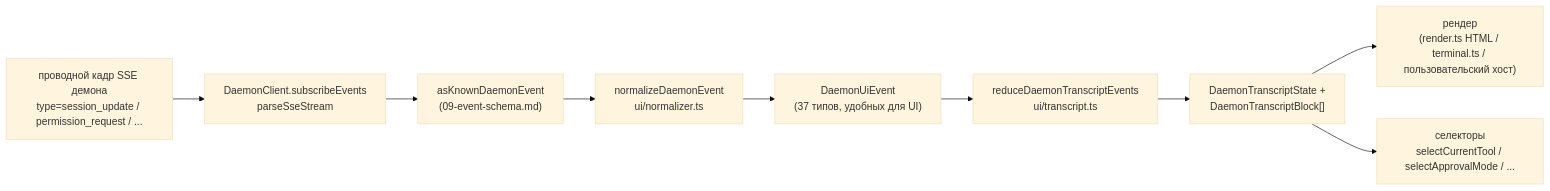
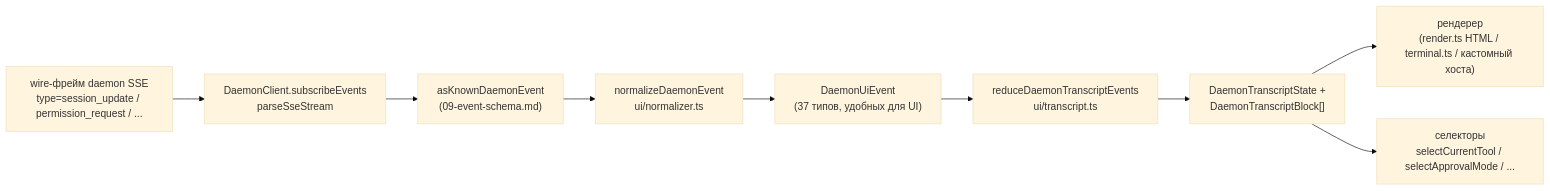
Before and after one commit to QwenLM/qwen-code-docs: the diagram in website/content/ru/developers/daemon/14-cli-tui-adapter.md, drawn with Mermaid (base theme). The commit also changed other lines of this file and 162 other files, not shown here.

````diff
--- a/website/content/ru/developers/daemon/14-cli-tui-adapter.md
+++ b/website/content/ru/developers/daemon/14-cli-tui-adapter.md
@@ -114,12 +114,12 @@
 ```mermaid
 flowchart LR
-    A["проводной кадр SSE демона<br/>type=session_update / permission_request / ..."]
+    A["wire-фрейм daemon SSE<br/>type=session_update / permission_request / ..."]
     A --> B["DaemonClient.subscribeEvents<br/>parseSseStream"]
     B --> C["asKnownDaemonEvent<br/>(09-event-schema.md)"]
     C --> D["normalizeDaemonEvent<br/>ui/normalizer.ts"]
     D --> E["DaemonUiEvent<br/>(37 типов, удобных для UI)"]
     E --> F["reduceDaemonTranscriptEvents<br/>ui/transcript.ts"]
     F --> G["DaemonTranscriptState +<br/>DaemonTranscriptBlock[]"]
-    G --> H["рендер<br/>(render.ts HTML / terminal.ts / пользовательский хост)"]
+    G --> H["рендерер<br/>(render.ts HTML / terminal.ts / кастомный хоста)"]
     G --> I["селекторы<br/>selectCurrentTool / selectApprovalMode / ..."]
 ```
````
